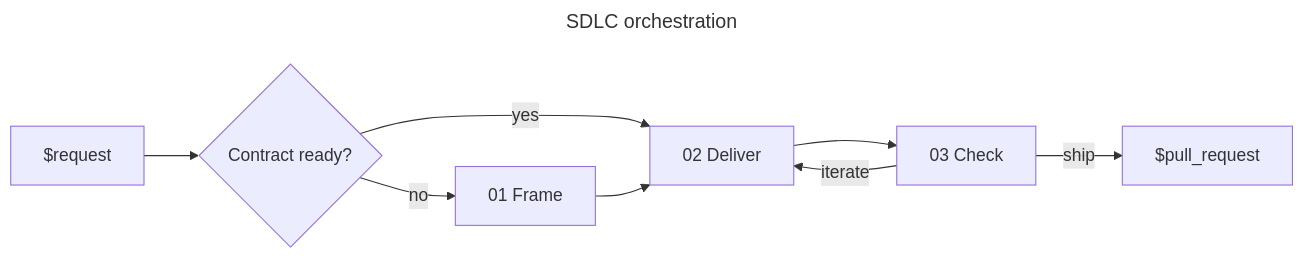
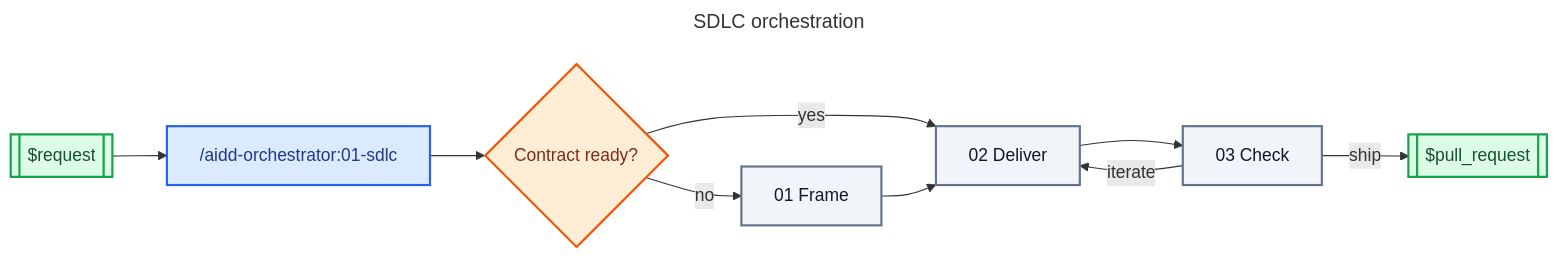
The diagram in plugins/aidd-orchestrator/skills/01-sdlc/SKILL.md (ai-driven-dev/aidd-framework), drawn with Mermaid before and after one commit. The commit also changed 3 other files, not shown here.

Commit message:
refactor(orchestrator): simplify SDLC diagrams

````diff
--- a/plugins/aidd-orchestrator/skills/01-sdlc/SKILL.md
+++ b/plugins/aidd-orchestrator/skills/01-sdlc/SKILL.md
@@ -8,20 +8,32 @@
 ```mermaid
 ---
 title: SDLC orchestration
 ---
 flowchart LR
-  Request["$request"]
+  Request[["$request"]]
+  Sdlc["/aidd-orchestrator:01-sdlc"]
   Ready{"Contract ready?"}
   Frame["01 Frame"]
   Deliver["02 Deliver"]
   Check["03 Check"]
-  PullRequest["$pull_request"]
+  PullRequest[["$pull_request"]]
 
-  Request --> Ready
+  Request --> Sdlc
+  Sdlc --> Ready
   Ready -- "no" --> Frame
   Ready -- "yes" --> Deliver
   Frame --> Deliver
   Deliver --> Check
   Check -- "iterate" --> Deliver
   Check -- "ship" --> PullRequest
+
+  classDef skill fill:#DBEAFE,stroke:#2563EB,color:#1E3A8A,stroke-width:2px
+  classDef artifact fill:#DCFCE7,stroke:#16A34A,color:#14532D,stroke-width:2px
+  classDef decision fill:#FFEDD5,stroke:#EA580C,color:#7C2D12,stroke-width:2px
+  classDef zone fill:#F1F5F9,stroke:#64748B,color:#0F172A,stroke-width:2px
+
+  class Sdlc skill
+  class Request,PullRequest artifact
+  class Ready decision
+  class Frame,Deliver,Check zone
 ```
````
